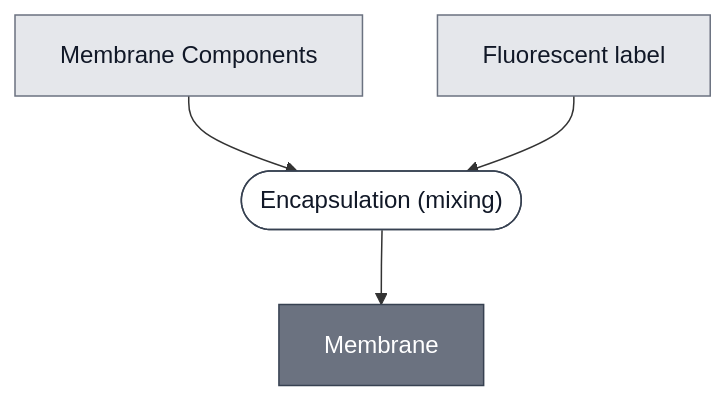
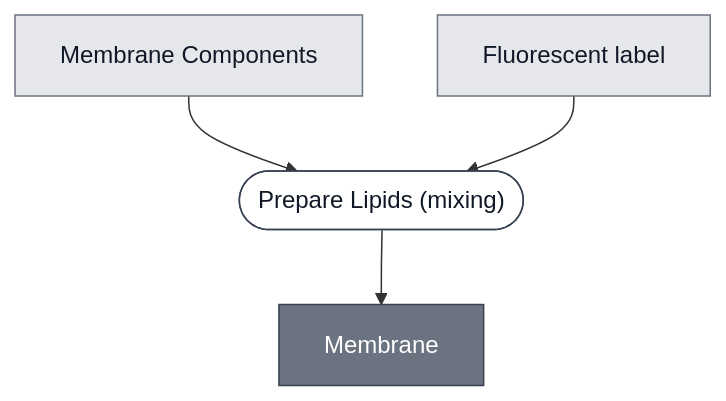
One commit to nucleus-eng/nucleus-docs changed the diagram in docs/modules/membrane/spec.md. Above: the diagram before and after it, drawn with Mermaid. The commit also changed 7 other files, not shown here.

First line of the commit message:
prep-lipids exists, and the step it was written for claims two acts

````diff
--- a/docs/modules/membrane/spec.md
+++ b/docs/modules/membrane/spec.md
@@ -34,25 +34,25 @@
 ```mermaid
 flowchart TD
     LIPID["Membrane Components"]
     FLUORESCENT_LABEL["Fluorescent label"]
 
-    P1_CLOSE_THE_BILAYER_0(["Encapsulation (mixing)"])
+    P1_CLOSE_THE_BILAYER_0(["Prepare Lipids (mixing)"])
     MEMBRANE["Membrane"]
 
     LIPID --> P1_CLOSE_THE_BILAYER_0
     FLUORESCENT_LABEL --> P1_CLOSE_THE_BILAYER_0
     P1_CLOSE_THE_BILAYER_0 --> MEMBRANE
 
 
     classDef leaf     fill:#e5e7eb,stroke:#6b7280,color:#111827;
     classDef composed fill:#6b7280,stroke:#374151,color:#ffffff;
     classDef process  fill:#ffffff,stroke:#374151,color:#111827;
     class LIPID,FLUORESCENT_LABEL leaf;
     class MEMBRANE composed;
     class P1_CLOSE_THE_BILAYER_0 process;
 
     click LIPID "/docs/modules/membrane-components/spec"
     click FLUORESCENT_LABEL "/docs/modules/membrane-components/spec"
-    click P1_CLOSE_THE_BILAYER_0 "/docs/processes/encapsulate/main"
+    click P1_CLOSE_THE_BILAYER_0 "/docs/processes/prep-lipids/main"
     click MEMBRANE "/docs/modules/membrane/spec"
 ```
````
